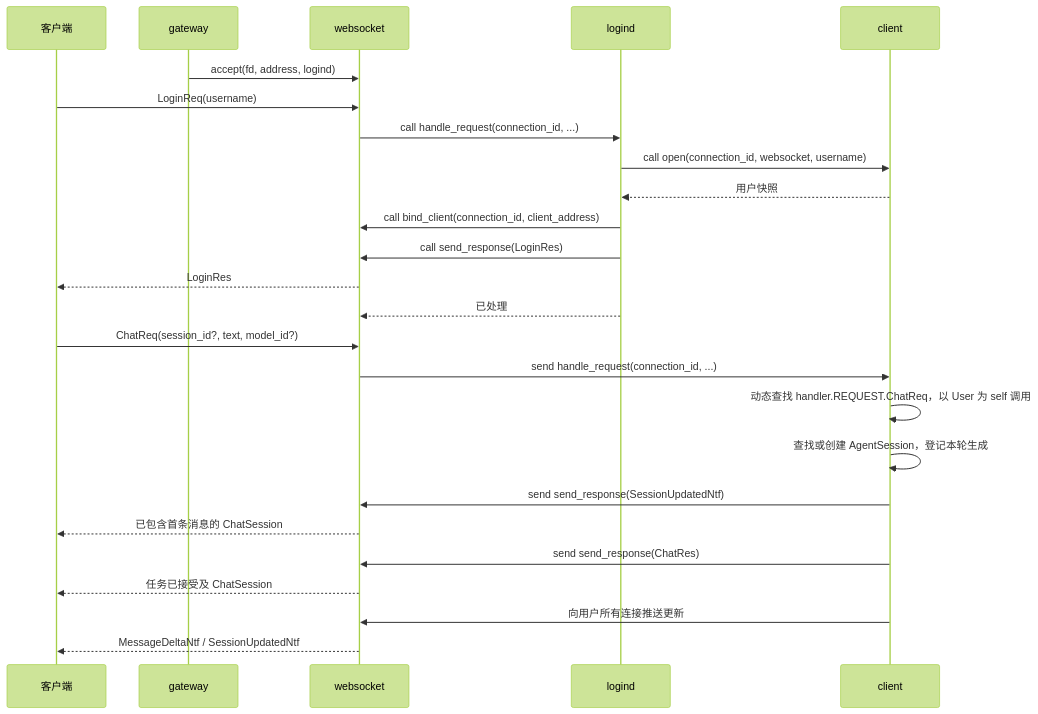
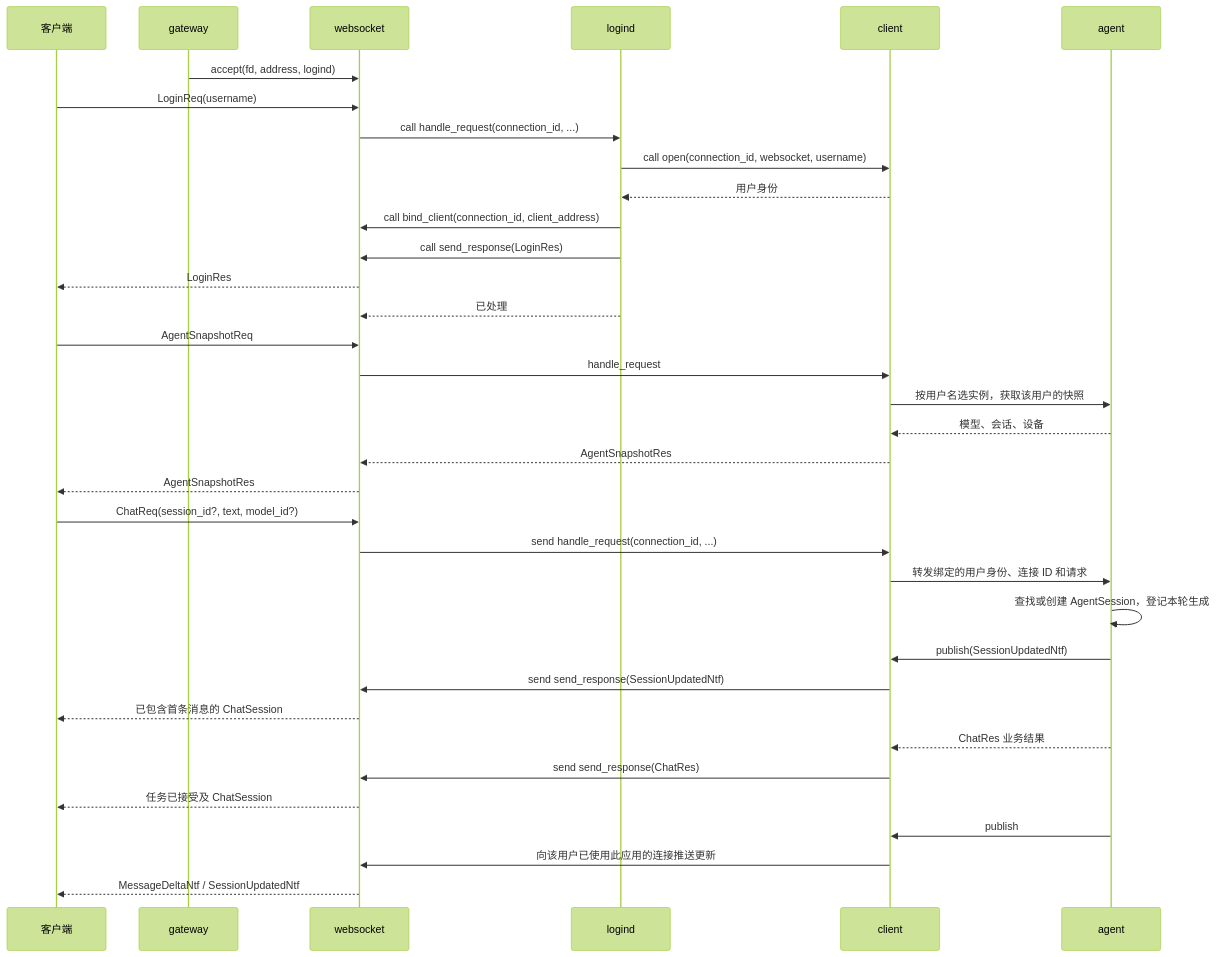
The second of 2 diagrams in docs/architecture/AGENT_GATEWAY.md (dingdalong/skynet_agent), drawn with Mermaid (forest theme) before and after one commit. The commit also changed other lines of this file and 53 other files, not shown here.

````diff
--- a/docs/architecture/AGENT_GATEWAY.md
+++ b/docs/architecture/AGENT_GATEWAY.md
@@ -126,27 +132,37 @@
 ```mermaid
 sequenceDiagram
     participant C as 客户端
     participant G as gateway
     participant W as websocket
     participant L as logind
     participant A as client
+    participant P as agent
     G->>W: accept(fd, address, logind)
     C->>W: LoginReq(username)
     W->>L: call handle_request(connection_id, ...)
     L->>A: call open(connection_id, websocket, username)
-    A-->>L: 用户快照
+    A-->>L: 用户身份
     L->>W: call bind_client(connection_id, client_address)
     L->>W: call send_response(LoginRes)
     W-->>C: LoginRes
     L-->>W: 已处理
+    C->>W: AgentSnapshotReq
+    W->>A: handle_request
+    A->>P: 按用户名选实例，获取该用户的快照
+    P-->>A: 模型、会话、设备
+    A-->>W: AgentSnapshotRes
+    W-->>C: AgentSnapshotRes
     C->>W: ChatReq(session_id?, text, model_id?)
     W->>A: send handle_request(connection_id, ...)
-    A->>A: 动态查找 handler.REQUEST.ChatReq，以 User 为 self 调用
-    A->>A: 查找或创建 AgentSession，登记本轮生成
+    A->>P: 转发绑定的用户身份、连接 ID 和请求
+    P->>P: 查找或创建 AgentSession，登记本轮生成
+    P->>A: publish(SessionUpdatedNtf)
     A->>W: send send_response(SessionUpdatedNtf)
     W-->>C: 已包含首条消息的 ChatSession
+    P-->>A: ChatRes 业务结果
     A->>W: send send_response(ChatRes)
     W-->>C: 任务已接受及 ChatSession
-    A->>W: 向用户所有连接推送更新
+    P->>A: publish
+    A->>W: 向该用户已使用此应用的连接推送更新
     W-->>C: MessageDeltaNtf / SessionUpdatedNtf
 ```
````
